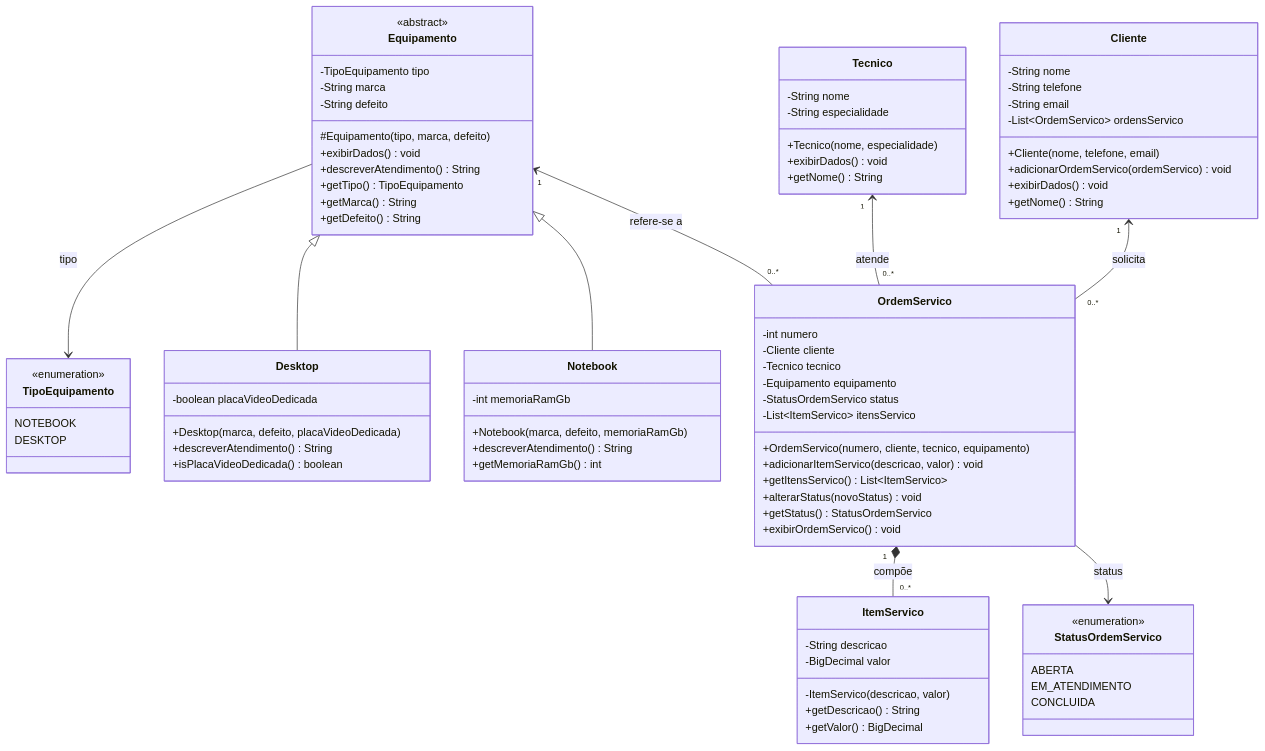
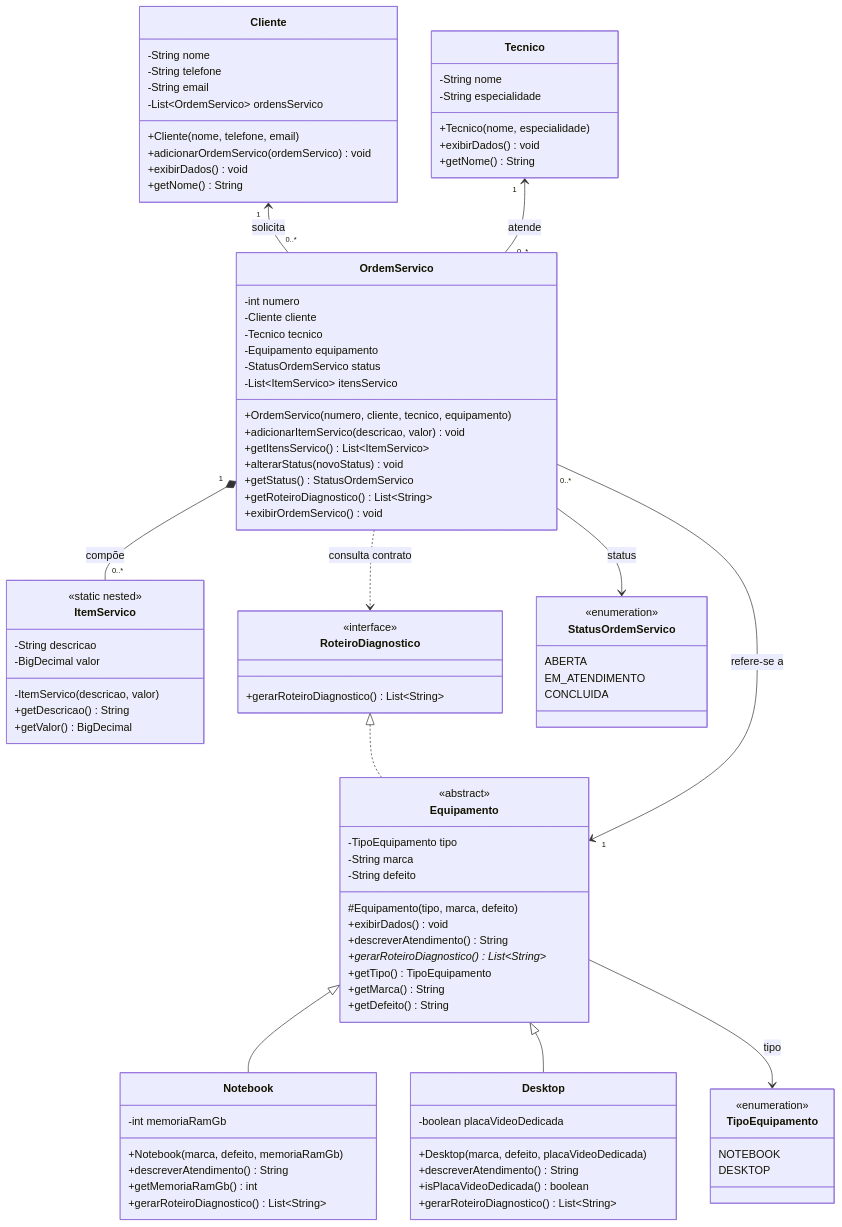
One commit to ArthurScharfenberger/TechFix-Assistencia-Tecnica changed the diagram in Diagrama-Classes/README.md. Above: the diagram before and after it, drawn with Mermaid. The commit also changed other lines of this file and 37 other files, not shown here.

```diff
--- a/Diagrama-Classes/README.md
+++ b/Diagrama-Classes/README.md
@@ -33,6 +33,7 @@
         #Equipamento(tipo, marca, defeito)
         +exibirDados() void
         +descreverAtendimento() String
+        +gerarRoteiroDiagnostico() List~String~*
         +getTipo() TipoEquipamento
         +getMarca() String
         +getDefeito() String
@@ -42,12 +43,14 @@
         +Notebook(marca, defeito, memoriaRamGb)
         +descreverAtendimento() String
         +getMemoriaRamGb() int
+        +gerarRoteiroDiagnostico() List~String~
     }
     class Desktop {
         -boolean placaVideoDedicada
         +Desktop(marca, defeito, placaVideoDedicada)
         +descreverAtendimento() String
         +isPlacaVideoDedicada() boolean
+        +gerarRoteiroDiagnostico() List~String~
     }
     class OrdemServico {
         -int numero
@@ -61,9 +64,11 @@
         +getItensServico() List~ItemServico~
         +alterarStatus(novoStatus) void
         +getStatus() StatusOrdemServico
+        +getRoteiroDiagnostico() List~String~
         +exibirOrdemServico() void
     }
     class ItemServico {
+        <<static nested>>
         -String descricao
         -BigDecimal valor
         -ItemServico(descricao, valor)
@@ -74,6 +79,10 @@
         <<enumeration>>
         NOTEBOOK
         DESKTOP
+    }
+    class RoteiroDiagnostico {
+        <<interface>>
+        +gerarRoteiroDiagnostico() List~String~
     }
     class StatusOrdemServico {
         <<enumeration>>
@@ -87,6 +96,8 @@
     Equipamento "1" <-- "0..*" OrdemServico : refere-se a
     Equipamento <|-- Notebook
     Equipamento <|-- Desktop
+    RoteiroDiagnostico <|.. Equipamento
+    OrdemServico ..> RoteiroDiagnostico : consulta contrato
     Equipamento --> TipoEquipamento : tipo
     OrdemServico --> StatusOrdemServico : status
     OrdemServico "1" *-- "0..*" ItemServico : compõe
```
